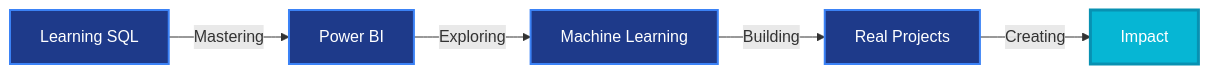
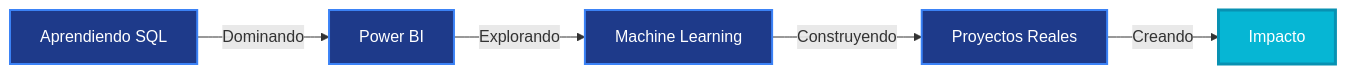
The diagram in README.md (Abranr/Abranr), drawn with Mermaid before and after one commit. The commit also changed other lines of this file, not shown here.

````diff
--- a/README.md
+++ b/README.md
@@ -78,13 +130,13 @@
 ```mermaid
 graph LR
-    A[Learning SQL] -->|Mastering| B[Power BI]
-    B -->|Exploring| C[Machine Learning]
-    C -->|Building| D[Real Projects]
-    D -->|Creating| E[Impact]
+    A[Aprendiendo SQL] -->|Dominando| B[Power BI]
+    B -->|Explorando| C[Machine Learning]
+    C -->|Construyendo| D[Proyectos Reales]
+    D -->|Creando| E[Impacto]
     
     style A fill:#1e3a8a,stroke:#3b82f6,stroke-width:2px,color:#fff
     style B fill:#1e3a8a,stroke:#3b82f6,stroke-width:2px,color:#fff
     style C fill:#1e3a8a,stroke:#3b82f6,stroke-width:2px,color:#fff
     style D fill:#1e3a8a,stroke:#3b82f6,stroke-width:2px,color:#fff
     style E fill:#06b6d4,stroke:#0891b2,stroke-width:3px,color:#fff
 ```
````
